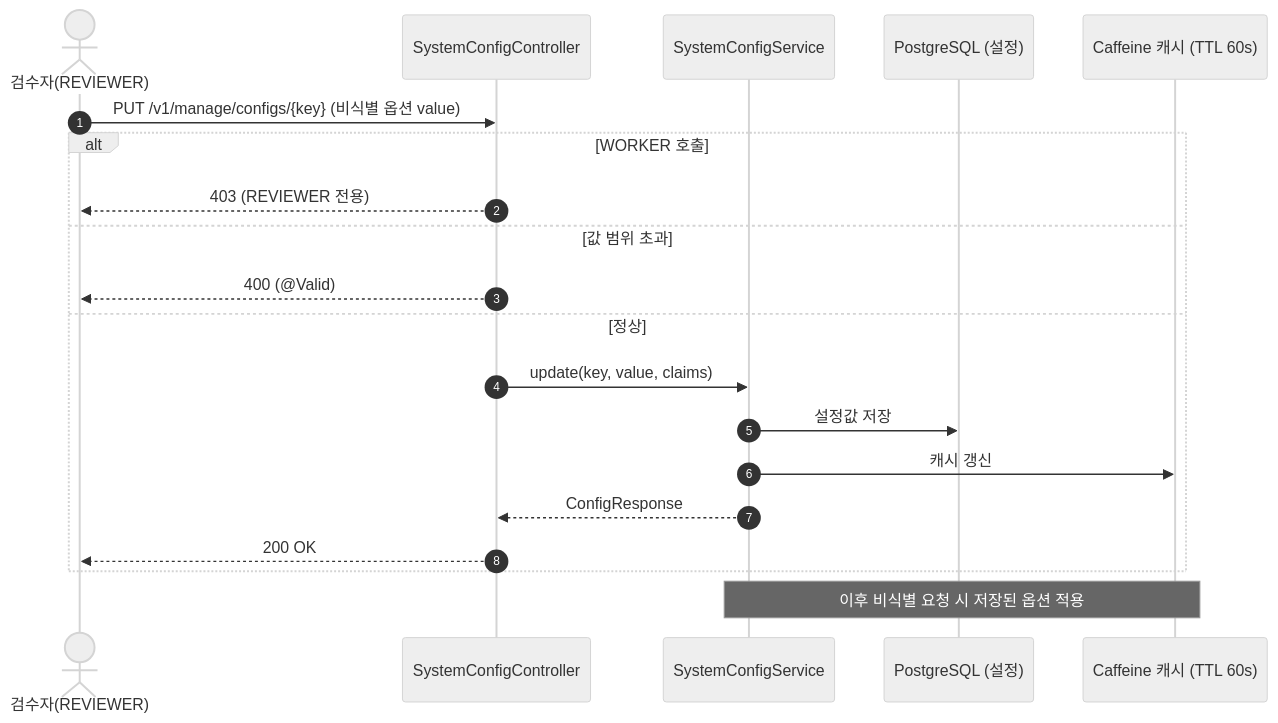
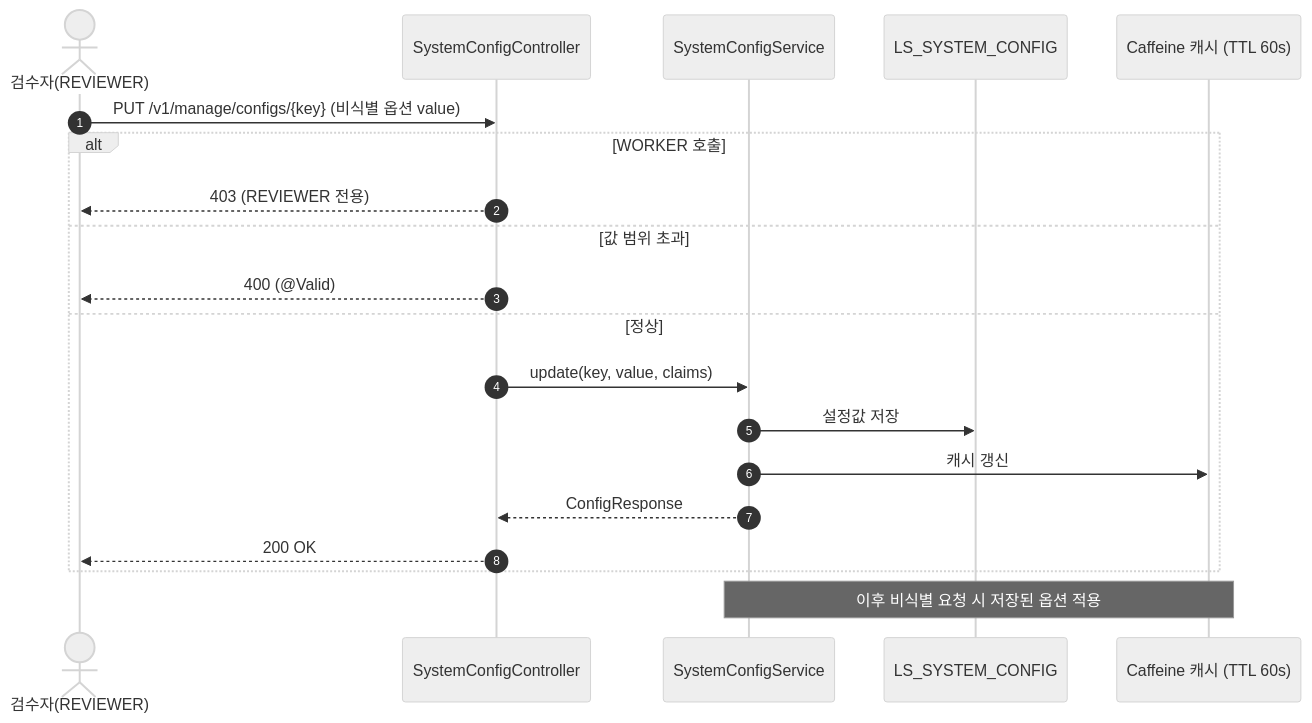
Diagram 12 of 26 in docs/design/D1-클래스설계서.md (New-stella/klid-label), drawn with Mermaid (neutral theme) before and after one commit. The commit also changed other lines of this file and 6 other files, not shown here.

````diff
--- a/docs/design/D1-클래스설계서.md
+++ b/docs/design/D1-클래스설계서.md
@@ -780,23 +658,22 @@
 ```mermaid
 sequenceDiagram
     autonumber
     actor RV as 검수자(REVIEWER)
     participant SCC as SystemConfigController
     participant SCS as SystemConfigService
-    participant DB as PostgreSQL (설정)
+    participant DB as LS_SYSTEM_CONFIG
     participant CA as Caffeine 캐시 (TTL 60s)
-
     RV->>SCC: PUT /v1/manage/configs/{key} (비식별 옵션 value)
     alt WORKER 호출
         SCC-->>RV: 403 (REVIEWER 전용)
     else 값 범위 초과
         SCC-->>RV: 400 (@Valid)
     else 정상
         SCC->>SCS: update(key, value, claims)
         SCS->>DB: 설정값 저장
         SCS->>CA: 캐시 갱신
         SCS-->>SCC: ConfigResponse
         SCC-->>RV: 200 OK
     end
     Note over SCS,CA: 이후 비식별 요청 시 저장된 옵션 적용
 ```
````
